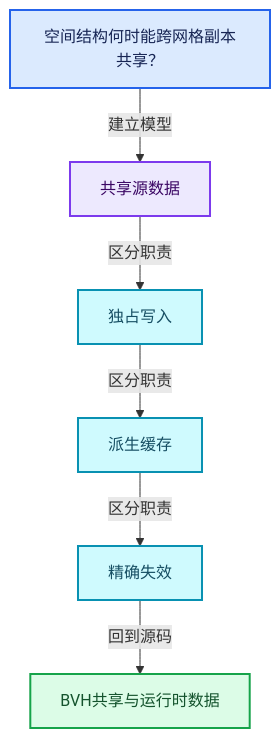
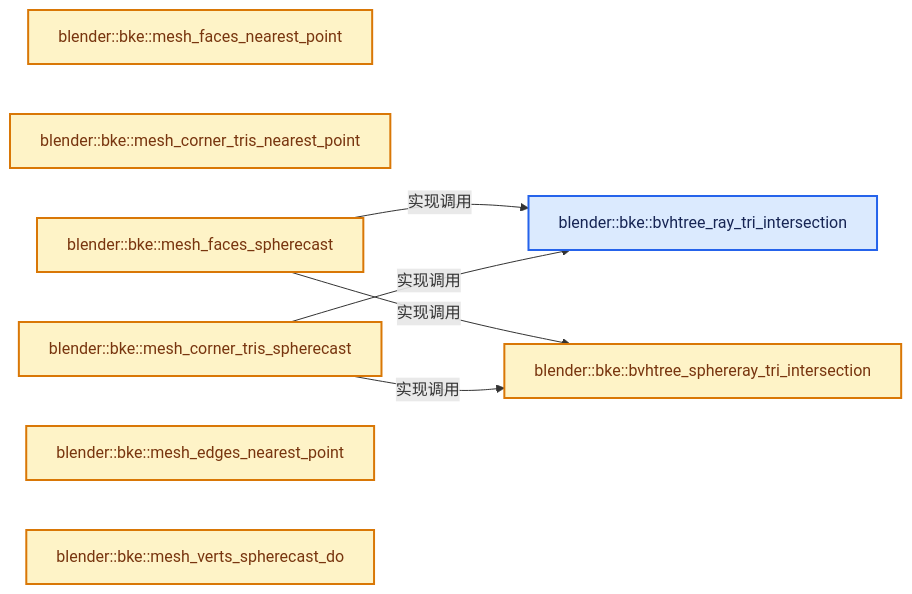
The second of 4 diagrams in 杂/markdown/全面学习-codex/06-隐式共享与缓存系统/09-BVH共享与运行时数据.md (yunkezengren/blender-.vscode), drawn with Mermaid before and after one commit. The commit also changed other lines of this file and 1930 other files, not shown here.

````diff
--- a/杂/markdown/全面学习-codex/06-隐式共享与缓存系统/09-BVH共享与运行时数据.md
+++ b/杂/markdown/全面学习-codex/06-隐式共享与缓存系统/09-BVH共享与运行时数据.md
@@ -61,20 +46,21 @@
 ```mermaid
-flowchart TB
-  Q["空间结构何时能跨网格副本共享？"]:::input
-  C0["共享源数据"]:::abstraction
-  C1["独占写入"]:::data
-  C2["派生缓存"]:::data
-  C3["精确失效"]:::data
-  R["BVH共享与运行时数据"]:::result
-  Q -->|"建立模型"| C0
-  C0 -->|"区分职责"| C1
-  C1 -->|"区分职责"| C2
-  C2 -->|"区分职责"| C3
-  C3 -->|"回到源码"| R
+flowchart LR
+  F0["blender::bke::bvhtree_ray_tri_intersection"]:::input
+  F1["blender::bke::bvhtree_sphereray_tri_intersection"]:::compute
+  F2["blender::bke::mesh_faces_nearest_point"]:::compute
+  F3["blender::bke::mesh_corner_tris_nearest_point"]:::compute
+  F4["blender::bke::mesh_faces_spherecast"]:::compute
+  F5["blender::bke::mesh_corner_tris_spherecast"]:::compute
+  F6["blender::bke::mesh_edges_nearest_point"]:::compute
+  F7["blender::bke::mesh_verts_spherecast_do"]:::compute
+  F4 -->|"实现调用"| F0
+  F4 -->|"实现调用"| F1
+  F5 -->|"实现调用"| F0
+  F5 -->|"实现调用"| F1
   classDef input fill:#DBEAFE,stroke:#2563EB,color:#172554,stroke-width:2px;
   classDef data fill:#CFFAFE,stroke:#0891B2,color:#164E63,stroke-width:2px;
   classDef abstraction fill:#EDE9FE,stroke:#7C3AED,color:#3B0764,stroke-width:2px;
   classDef compute fill:#FEF3C7,stroke:#D97706,color:#78350F,stroke-width:2px;
   classDef result fill:#DCFCE7,stroke:#16A34A,color:#14532D,stroke-width:2px;
   classDef error fill:#FEE2E2,stroke:#DC2626,color:#7F1D1D,stroke-width:2px;
 ```
````
